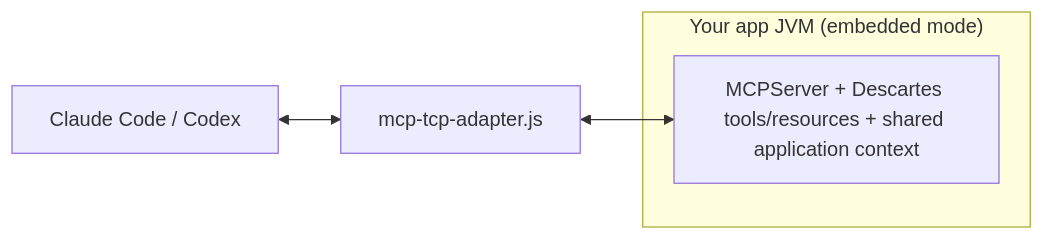
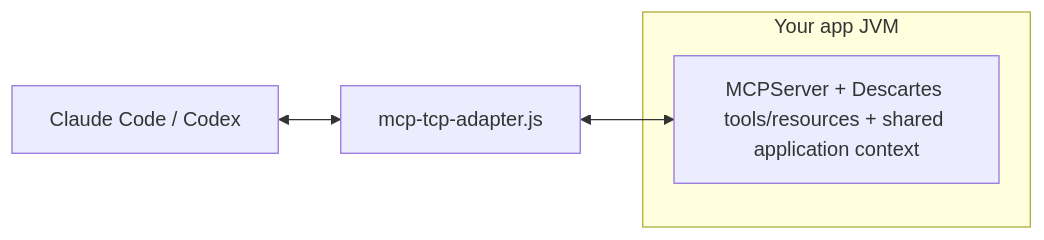
One commit to widoriezebos/descartes-mcp changed the second of 2 diagrams in README.md. Above: the diagram before and after it, drawn with Mermaid.

````diff
--- a/README.md
+++ b/README.md
@@ -144,10 +144,10 @@
 ```mermaid
 flowchart LR
   A["Claude Code / Codex"] <--> B["mcp-tcp-adapter.js"]
 
-  subgraph APP["Your app JVM (embedded mode)"]
+  subgraph APP["Your app JVM"]
     C1["MCPServer + Descartes tools/resources + shared application context"]
   end
 
   B <--> C1
 ```
````
